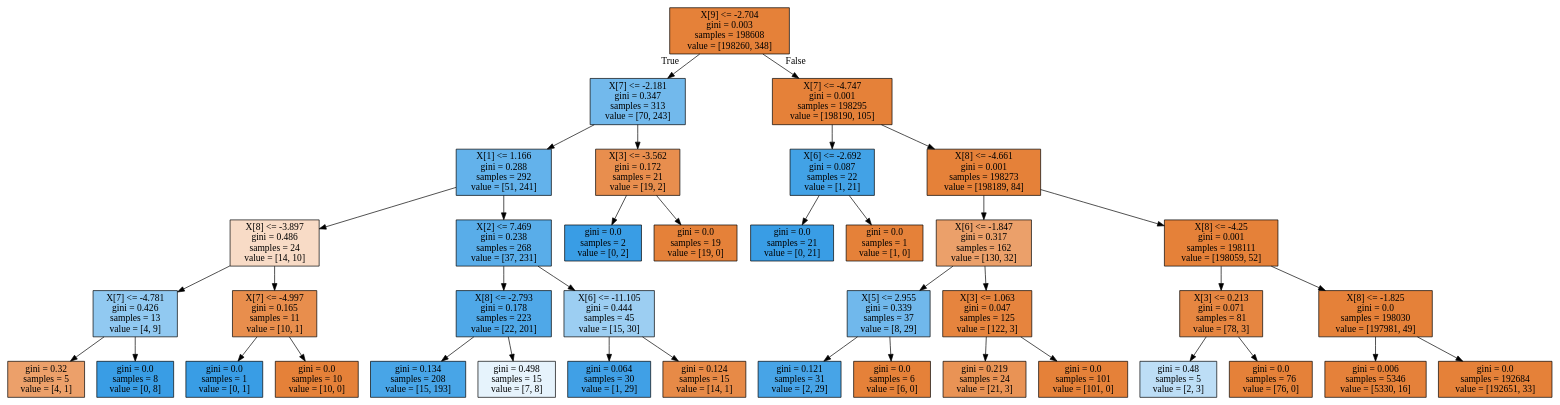
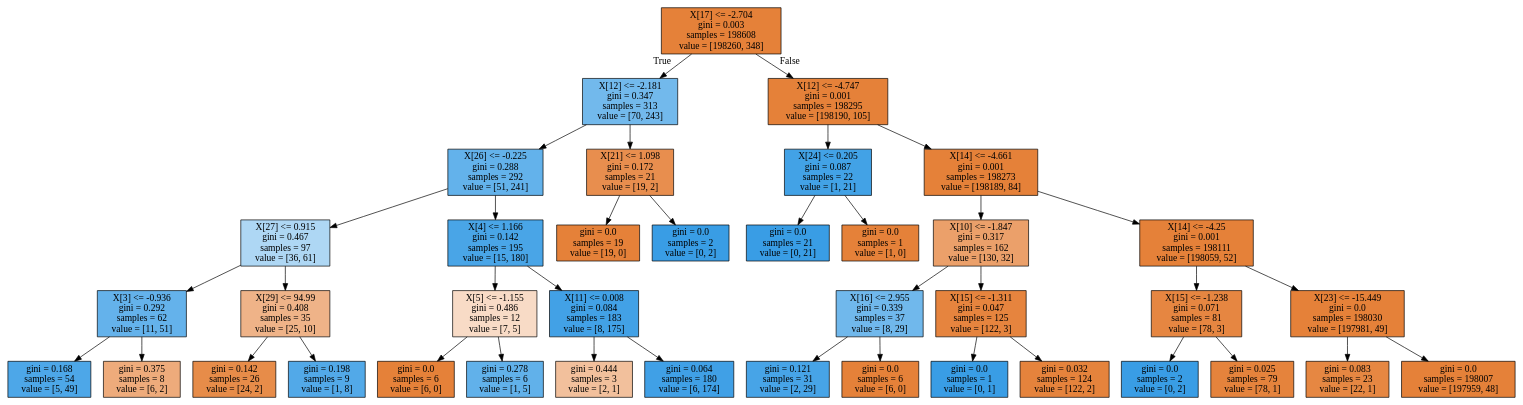
One commit to alu0101224084/TID-group4 changed the diagram in Proyecto/tree.dot. Above: the diagram before and after it, drawn with Graphviz. The commit also changed 2 other files, not shown here.

```diff
--- a/Proyecto/tree.dot
+++ b/Proyecto/tree.dot
@@ -1,80 +1,80 @@
 digraph Tree {
 node [shape=box, style="filled", color="black"] ;
-0 [label="X[9] <= -2.704\ngini = 0.003\nsamples = 198608\nvalue = [198260, 348]", fillcolor="#e58139"] ;
-1 [label="X[7] <= -2.181\ngini = 0.347\nsamples = 313\nvalue = [70, 243]", fillcolor="#72b9ec"] ;
+0 [label="X[17] <= -2.704\ngini = 0.003\nsamples = 198608\nvalue = [198260, 348]", fillcolor="#e58139"] ;
+1 [label="X[12] <= -2.181\ngini = 0.347\nsamples = 313\nvalue = [70, 243]", fillcolor="#72b9ec"] ;
 0 -> 1 [labeldistance=2.5, labelangle=45, headlabel="True"] ;
-2 [label="X[1] <= 1.166\ngini = 0.288\nsamples = 292\nvalue = [51, 241]", fillcolor="#63b2eb"] ;
+2 [label="X[26] <= -0.225\ngini = 0.288\nsamples = 292\nvalue = [51, 241]", fillcolor="#63b2eb"] ;
 1 -> 2 ;
-3 [label="X[8] <= -3.897\ngini = 0.486\nsamples = 24\nvalue = [14, 10]", fillcolor="#f8dbc6"] ;
+3 [label="X[27] <= 0.915\ngini = 0.467\nsamples = 97\nvalue = [36, 61]", fillcolor="#aed7f4"] ;
 2 -> 3 ;
-4 [label="X[7] <= -4.781\ngini = 0.426\nsamples = 13\nvalue = [4, 9]", fillcolor="#91c9f1"] ;
+4 [label="X[3] <= -0.936\ngini = 0.292\nsamples = 62\nvalue = [11, 51]", fillcolor="#64b2eb"] ;
 3 -> 4 ;
-5 [label="gini = 0.32\nsamples = 5\nvalue = [4, 1]", fillcolor="#eca06a"] ;
+5 [label="gini = 0.168\nsamples = 54\nvalue = [5, 49]", fillcolor="#4da7e8"] ;
 4 -> 5 ;
-6 [label="gini = 0.0\nsamples = 8\nvalue = [0, 8]", fillcolor="#399de5"] ;
+6 [label="gini = 0.375\nsamples = 8\nvalue = [6, 2]", fillcolor="#eeab7b"] ;
 4 -> 6 ;
-7 [label="X[7] <= -4.997\ngini = 0.165\nsamples = 11\nvalue = [10, 1]", fillcolor="#e88e4d"] ;
+7 [label="X[29] <= 94.99\ngini = 0.408\nsamples = 35\nvalue = [25, 10]", fillcolor="#efb388"] ;
 3 -> 7 ;
-8 [label="gini = 0.0\nsamples = 1\nvalue = [0, 1]", fillcolor="#399de5"] ;
+8 [label="gini = 0.142\nsamples = 26\nvalue = [24, 2]", fillcolor="#e78c49"] ;
 7 -> 8 ;
-9 [label="gini = 0.0\nsamples = 10\nvalue = [10, 0]", fillcolor="#e58139"] ;
+9 [label="gini = 0.198\nsamples = 9\nvalue = [1, 8]", fillcolor="#52a9e8"] ;
 7 -> 9 ;
-10 [label="X[2] <= 7.469\ngini = 0.238\nsamples = 268\nvalue = [37, 231]", fillcolor="#59ade9"] ;
+10 [label="X[4] <= 1.166\ngini = 0.142\nsamples = 195\nvalue = [15, 180]", fillcolor="#49a5e7"] ;
 2 -> 10 ;
-11 [label="X[8] <= -2.793\ngini = 0.178\nsamples = 223\nvalue = [22, 201]", fillcolor="#4fa8e8"] ;
+11 [label="X[5] <= -1.155\ngini = 0.486\nsamples = 12\nvalue = [7, 5]", fillcolor="#f8dbc6"] ;
 10 -> 11 ;
-12 [label="gini = 0.134\nsamples = 208\nvalue = [15, 193]", fillcolor="#48a5e7"] ;
+12 [label="gini = 0.0\nsamples = 6\nvalue = [6, 0]", fillcolor="#e58139"] ;
 11 -> 12 ;
-13 [label="gini = 0.498\nsamples = 15\nvalue = [7, 8]", fillcolor="#e6f3fc"] ;
+13 [label="gini = 0.278\nsamples = 6\nvalue = [1, 5]", fillcolor="#61b1ea"] ;
 11 -> 13 ;
-14 [label="X[6] <= -11.105\ngini = 0.444\nsamples = 45\nvalue = [15, 30]", fillcolor="#9ccef2"] ;
+14 [label="X[11] <= 0.008\ngini = 0.084\nsamples = 183\nvalue = [8, 175]", fillcolor="#42a1e6"] ;
 10 -> 14 ;
-15 [label="gini = 0.064\nsamples = 30\nvalue = [1, 29]", fillcolor="#40a0e6"] ;
+15 [label="gini = 0.444\nsamples = 3\nvalue = [2, 1]", fillcolor="#f2c09c"] ;
 14 -> 15 ;
-16 [label="gini = 0.124\nsamples = 15\nvalue = [14, 1]", fillcolor="#e78a47"] ;
+16 [label="gini = 0.064\nsamples = 180\nvalue = [6, 174]", fillcolor="#40a0e6"] ;
 14 -> 16 ;
-17 [label="X[3] <= -3.562\ngini = 0.172\nsamples = 21\nvalue = [19, 2]", fillcolor="#e88e4e"] ;
+17 [label="X[21] <= 1.098\ngini = 0.172\nsamples = 21\nvalue = [19, 2]", fillcolor="#e88e4e"] ;
 1 -> 17 ;
-18 [label="gini = 0.0\nsamples = 2\nvalue = [0, 2]", fillcolor="#399de5"] ;
+18 [label="gini = 0.0\nsamples = 19\nvalue = [19, 0]", fillcolor="#e58139"] ;
 17 -> 18 ;
-19 [label="gini = 0.0\nsamples = 19\nvalue = [19, 0]", fillcolor="#e58139"] ;
+19 [label="gini = 0.0\nsamples = 2\nvalue = [0, 2]", fillcolor="#399de5"] ;
 17 -> 19 ;
-20 [label="X[7] <= -4.747\ngini = 0.001\nsamples = 198295\nvalue = [198190, 105]", fillcolor="#e58139"] ;
+20 [label="X[12] <= -4.747\ngini = 0.001\nsamples = 198295\nvalue = [198190, 105]", fillcolor="#e58139"] ;
 0 -> 20 [labeldistance=2.5, labelangle=-45, headlabel="False"] ;
-21 [label="X[6] <= -2.692\ngini = 0.087\nsamples = 22\nvalue = [1, 21]", fillcolor="#42a2e6"] ;
+21 [label="X[24] <= 0.205\ngini = 0.087\nsamples = 22\nvalue = [1, 21]", fillcolor="#42a2e6"] ;
 20 -> 21 ;
 22 [label="gini = 0.0\nsamples = 21\nvalue = [0, 21]", fillcolor="#399de5"] ;
 21 -> 22 ;
 23 [label="gini = 0.0\nsamples = 1\nvalue = [1, 0]", fillcolor="#e58139"] ;
 21 -> 23 ;
-24 [label="X[8] <= -4.661\ngini = 0.001\nsamples = 198273\nvalue = [198189, 84]", fillcolor="#e58139"] ;
+24 [label="X[14] <= -4.661\ngini = 0.001\nsamples = 198273\nvalue = [198189, 84]", fillcolor="#e58139"] ;
 20 -> 24 ;
-25 [label="X[6] <= -1.847\ngini = 0.317\nsamples = 162\nvalue = [130, 32]", fillcolor="#eba06a"] ;
+25 [label="X[10] <= -1.847\ngini = 0.317\nsamples = 162\nvalue = [130, 32]", fillcolor="#eba06a"] ;
 24 -> 25 ;
-26 [label="X[5] <= 2.955\ngini = 0.339\nsamples = 37\nvalue = [8, 29]", fillcolor="#70b8ec"] ;
+26 [label="X[16] <= 2.955\ngini = 0.339\nsamples = 37\nvalue = [8, 29]", fillcolor="#70b8ec"] ;
 25 -> 26 ;
 27 [label="gini = 0.121\nsamples = 31\nvalue = [2, 29]", fillcolor="#47a4e7"] ;
 26 -> 27 ;
 28 [label="gini = 0.0\nsamples = 6\nvalue = [6, 0]", fillcolor="#e58139"] ;
 26 -> 28 ;
-29 [label="X[3] <= 1.063\ngini = 0.047\nsamples = 125\nvalue = [122, 3]", fillcolor="#e6843e"] ;
+29 [label="X[15] <= -1.311\ngini = 0.047\nsamples = 125\nvalue = [122, 3]", fillcolor="#e6843e"] ;
 25 -> 29 ;
-30 [label="gini = 0.219\nsamples = 24\nvalue = [21, 3]", fillcolor="#e99355"] ;
+30 [label="gini = 0.0\nsamples = 1\nvalue = [0, 1]", fillcolor="#399de5"] ;
 29 -> 30 ;
-31 [label="gini = 0.0\nsamples = 101\nvalue = [101, 0]", fillcolor="#e58139"] ;
+31 [label="gini = 0.032\nsamples = 124\nvalue = [122, 2]", fillcolor="#e5833c"] ;
 29 -> 31 ;
-32 [label="X[8] <= -4.25\ngini = 0.001\nsamples = 198111\nvalue = [198059, 52]", fillcolor="#e58139"] ;
+32 [label="X[14] <= -4.25\ngini = 0.001\nsamples = 198111\nvalue = [198059, 52]", fillcolor="#e58139"] ;
 24 -> 32 ;
-33 [label="X[3] <= 0.213\ngini = 0.071\nsamples = 81\nvalue = [78, 3]", fillcolor="#e68641"] ;
+33 [label="X[15] <= -1.238\ngini = 0.071\nsamples = 81\nvalue = [78, 3]", fillcolor="#e68641"] ;
 32 -> 33 ;
-34 [label="gini = 0.48\nsamples = 5\nvalue = [2, 3]", fillcolor="#bddef6"] ;
+34 [label="gini = 0.0\nsamples = 2\nvalue = [0, 2]", fillcolor="#399de5"] ;
 33 -> 34 ;
-35 [label="gini = 0.0\nsamples = 76\nvalue = [76, 0]", fillcolor="#e58139"] ;
+35 [label="gini = 0.025\nsamples = 79\nvalue = [78, 1]", fillcolor="#e5833c"] ;
 33 -> 35 ;
-36 [label="X[8] <= -1.825\ngini = 0.0\nsamples = 198030\nvalue = [197981, 49]", fillcolor="#e58139"] ;
+36 [label="X[23] <= -15.449\ngini = 0.0\nsamples = 198030\nvalue = [197981, 49]", fillcolor="#e58139"] ;
 32 -> 36 ;
-37 [label="gini = 0.006\nsamples = 5346\nvalue = [5330, 16]", fillcolor="#e5813a"] ;
+37 [label="gini = 0.083\nsamples = 23\nvalue = [22, 1]", fillcolor="#e68742"] ;
 36 -> 37 ;
-38 [label="gini = 0.0\nsamples = 192684\nvalue = [192651, 33]", fillcolor="#e58139"] ;
+38 [label="gini = 0.0\nsamples = 198007\nvalue = [197959, 48]", fillcolor="#e58139"] ;
 36 -> 38 ;
 }
```
